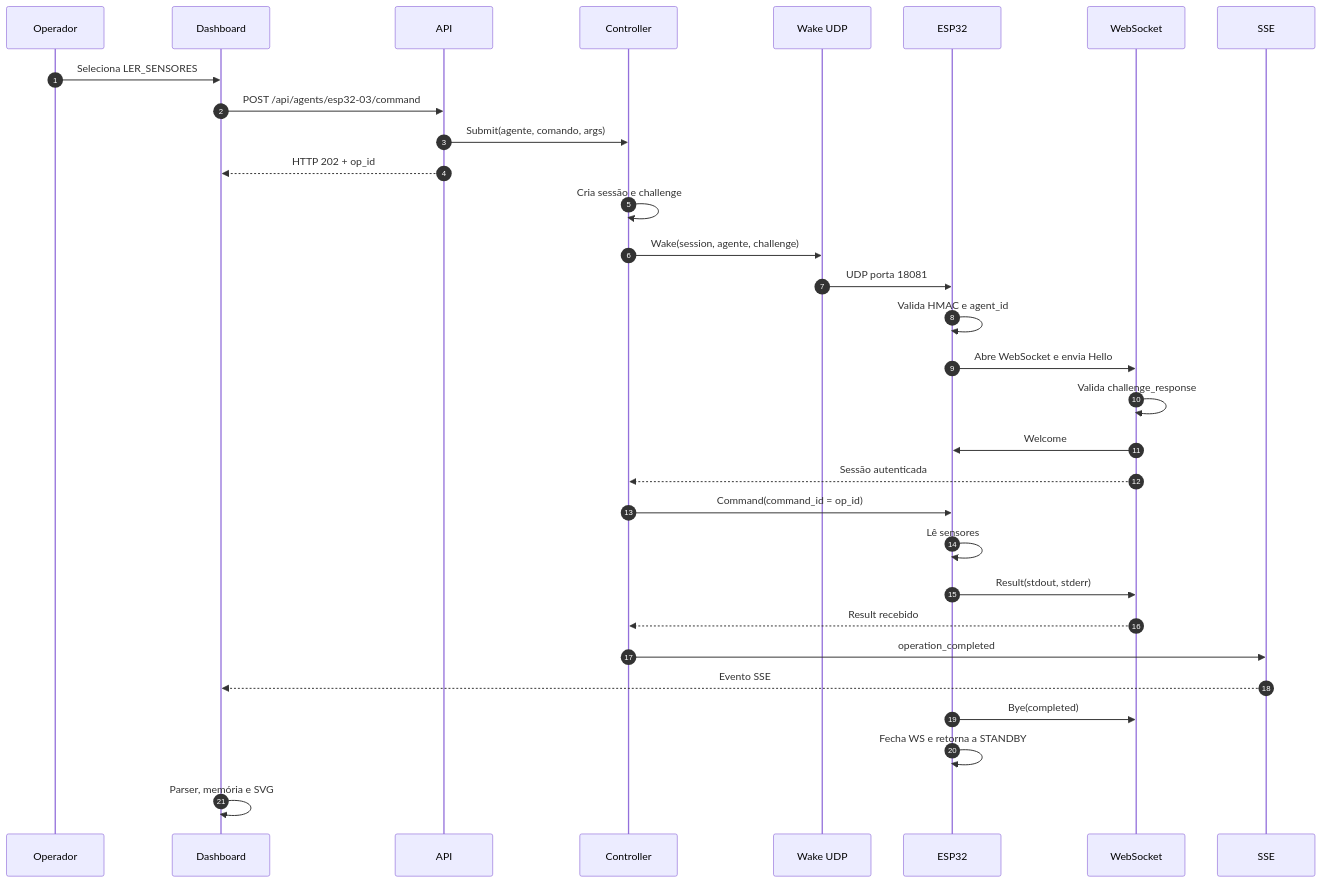
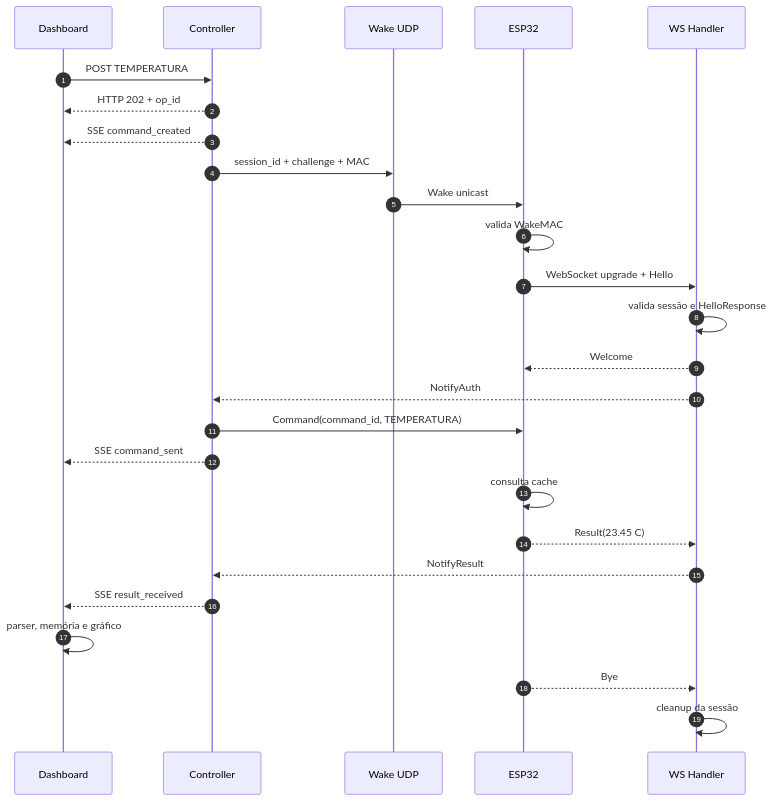
The second of 3 diagrams in docs/03-operacao-ponta-a-ponta.md (EliasCaua0/tunneus-gateway), drawn with Mermaid before and after one commit. The commit also changed other lines of this file and 5 other files, not shown here.

````diff
--- a/docs/03-operacao-ponta-a-ponta.md
+++ b/docs/03-operacao-ponta-a-ponta.md
@@ -15,34 +74,28 @@
 ```mermaid
 sequenceDiagram
-    autonumber
-    participant U as Operador
-    participant D as Dashboard
-    participant A as API
-    participant C as Controller
-    participant W as Wake UDP
-    participant E as ESP32
-    participant H as WebSocket
-    participant S as SSE
-
-    U->>D: Seleciona LER_SENSORES
-    D->>A: POST /api/agents/esp32-03/command
-    A->>C: Submit(agente, comando, args)
-    A-->>D: HTTP 202 + op_id
-    C->>C: Cria sessão e challenge
-    C->>W: Wake(session, agente, challenge)
-    W->>E: UDP porta 18081
-    E->>E: Valida HMAC e agent_id
-    E->>H: Abre WebSocket e envia Hello
-    H->>H: Valida challenge_response
-    H->>E: Welcome
-    H-->>C: Sessão autenticada
-    C->>E: Command(command_id = op_id)
-    E->>E: Lê sensores
-    E->>H: Result(stdout, stderr)
-    H-->>C: Result recebido
-    C->>S: operation_completed
-    S-->>D: Evento SSE
-    E->>H: Bye(completed)
-    E->>E: Fecha WS e retorna a STANDBY
-    D->>D: Parser, memória e SVG
+ autonumber
+ participant D as Dashboard
+ participant C as Controller
+ participant W as Wake UDP
+ participant E as ESP32
+ participant H as WS Handler
+ D->>C: POST TEMPERATURA
+ C-->>D: HTTP 202 + op_id
+ C-->>D: SSE command_created
+ C->>W: session_id + challenge + MAC
+ W->>E: Wake unicast
+ E->>E: valida WakeMAC
+ E->>H: WebSocket upgrade + Hello
+ H->>H: valida sessão e HelloResponse
+ H-->>E: Welcome
+ H-->>C: NotifyAuth
+ C->>E: Command(command_id, TEMPERATURA)
+ C-->>D: SSE command_sent
+ E->>E: consulta cache
+ E-->>H: Result(23.45 C)
+ H-->>C: NotifyResult
+ C-->>D: SSE result_received
+ D->>D: parser, memória e gráfico
+ E-->>H: Bye
+ H->>H: cleanup da sessão
 ```
````
